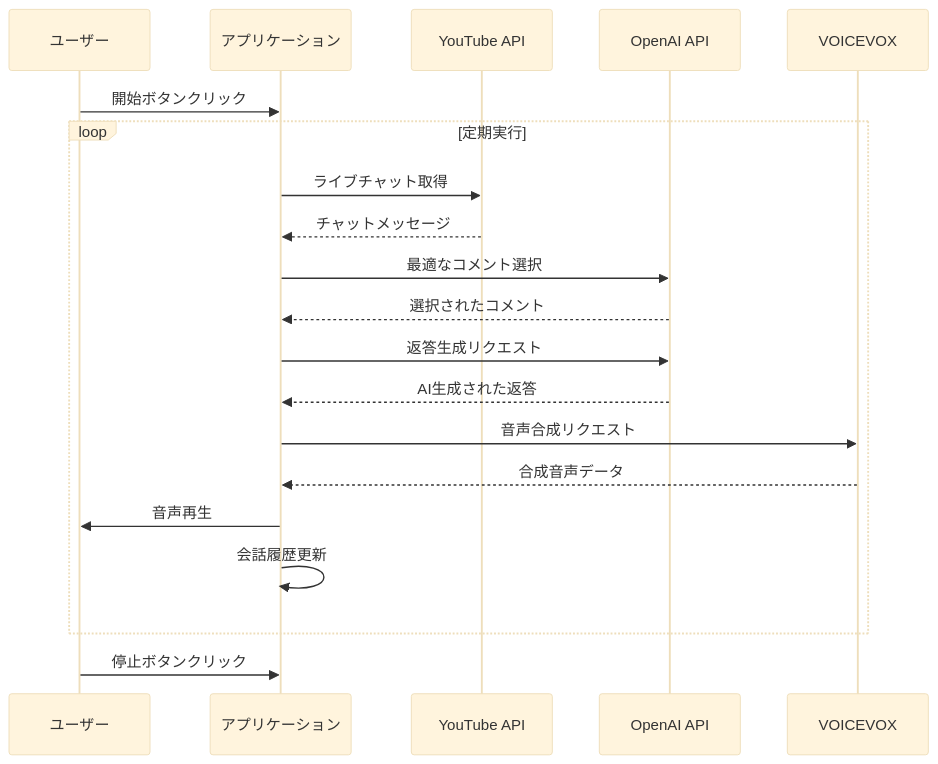
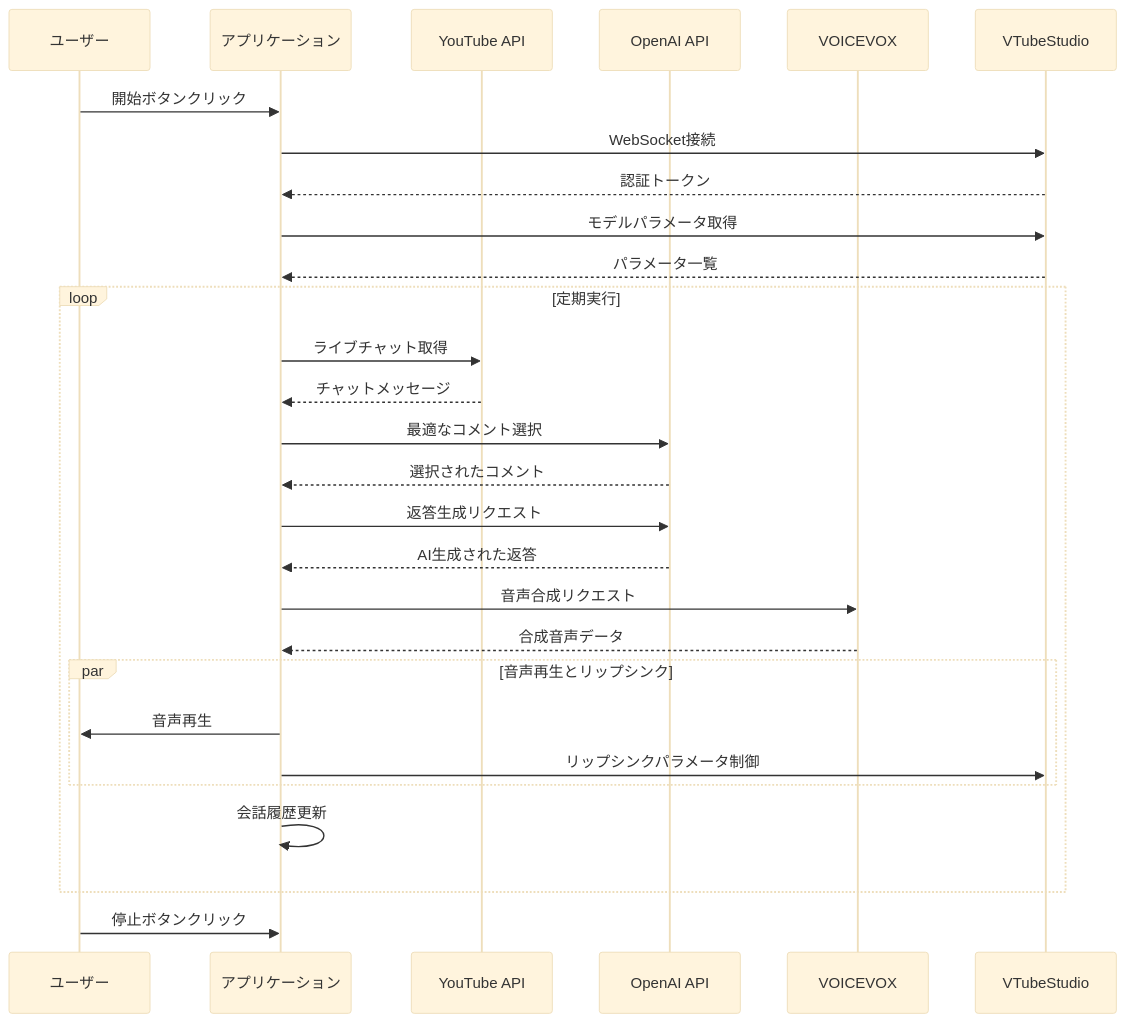
One commit to tegnike/how-to-start-aituber changed the diagram in README.md. Above: the diagram before and after it, drawn with Mermaid (base theme). The commit also changed other lines of this file, not shown here.

Commit message:
Update README with VTubeStudio integration details and usage instructions

````diff
--- a/README.md
+++ b/README.md
@@ -7,23 +7,31 @@
 ```mermaid
 sequenceDiagram
     participant User as ユーザー
     participant App as アプリケーション
     participant YT as YouTube API
     participant GPT as OpenAI API
     participant VV as VOICEVOX
+    participant VTS as VTubeStudio
 
     User->>App: 開始ボタンクリック
+    App->>VTS: WebSocket接続
+    VTS-->>App: 認証トークン
+    App->>VTS: モデルパラメータ取得
+    VTS-->>App: パラメータ一覧
     loop 定期実行
         App->>YT: ライブチャット取得
         YT-->>App: チャットメッセージ
         App->>GPT: 最適なコメント選択
         GPT-->>App: 選択されたコメント
         App->>GPT: 返答生成リクエスト
         GPT-->>App: AI生成された返答
         App->>VV: 音声合成リクエスト
         VV-->>App: 合成音声データ
-        App->>User: 音声再生
+        par 音声再生とリップシンク
+            App->>User: 音声再生
+            App->>VTS: リップシンクパラメータ制御
+        end
         App->>App: 会話履歴更新
     end
     User->>App: 停止ボタンクリック
 ```
````
